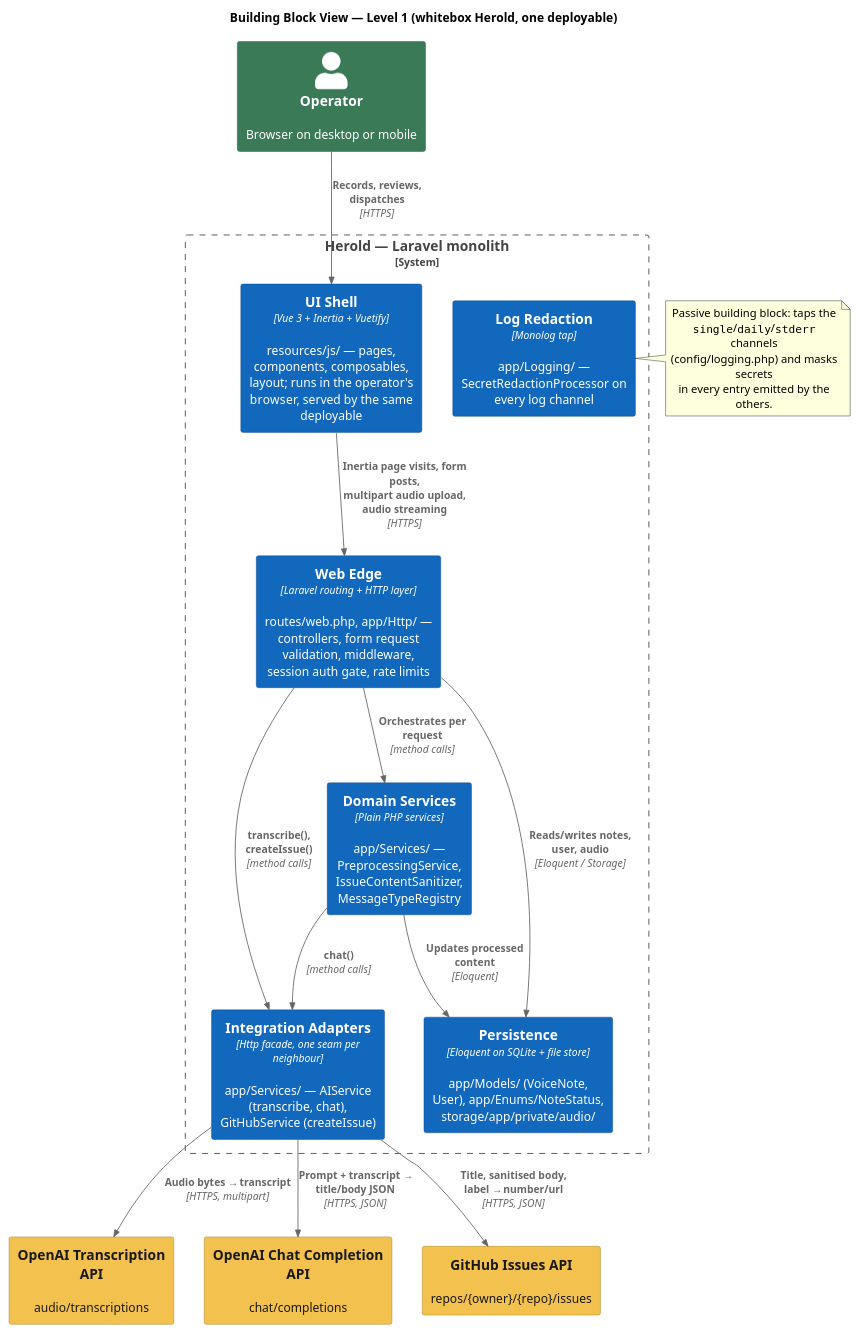
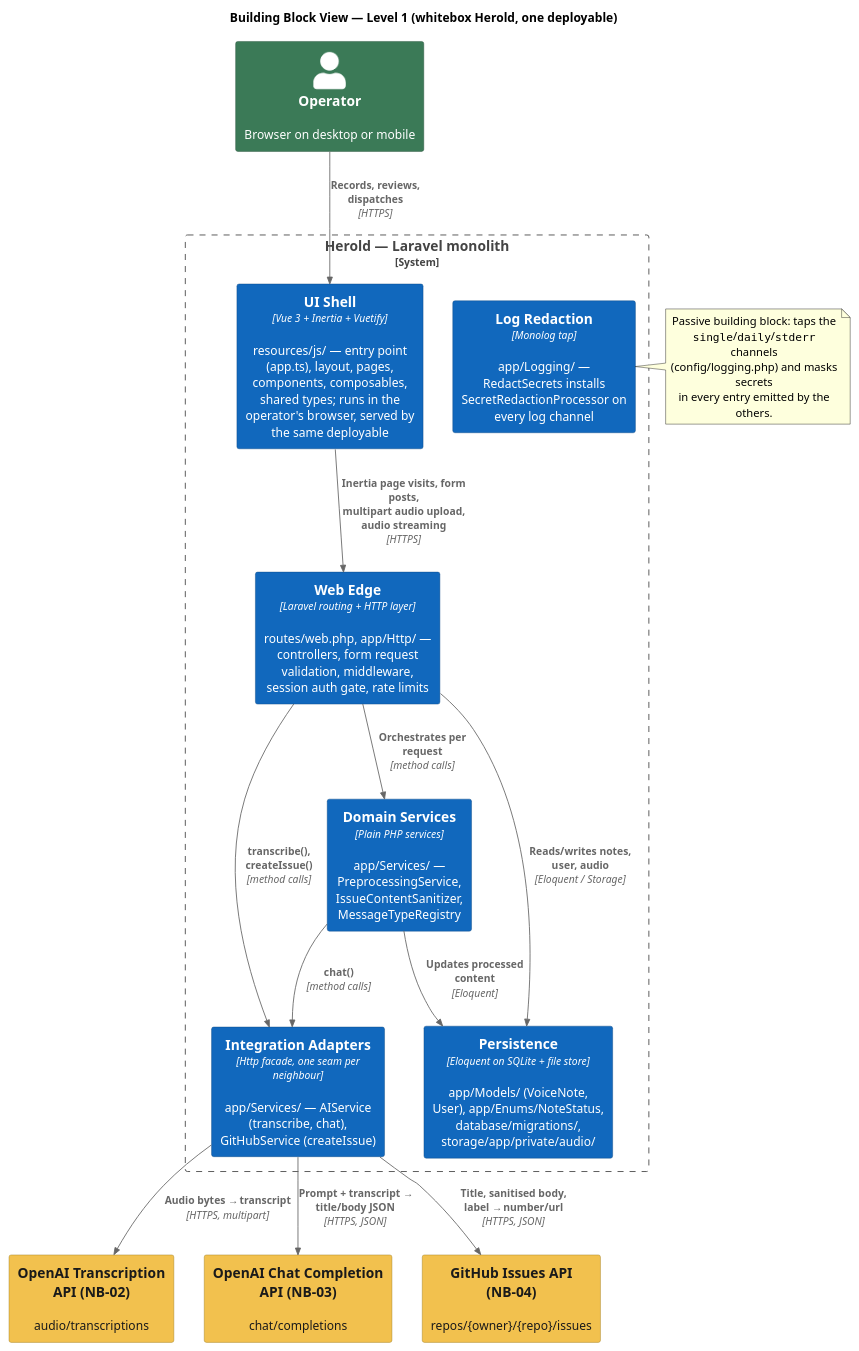
Before and after one commit to carstenlucke/herold: the diagram in docs/arch/diagrams/a05-building-blocks.plantuml, drawn with PlantUML. The commit also changed 8 other files, not shown here.

First line of the commit message:
docs(arch): align building-block diagrams across refinement levels

```diff
--- a/docs/arch/diagrams/a05-building-blocks.plantuml
+++ b/docs/arch/diagrams/a05-building-blocks.plantuml
@@ -1,47 +1,47 @@
 @startuml a05-building-blocks
 !include https://raw.githubusercontent.com/plantuml-stdlib/C4-PlantUML/master/C4_Component.puml
 
 ' Same palette as a03-technical-context: internal = blue accent,
 ' external = amber, person = green.
 UpdateElementStyle("component", $bgColor="#1168BD", $fontColor="#FFFFFF", $borderColor="#0B4884")
 UpdateElementStyle("external_system", $bgColor="#F2C14E", $fontColor="#1A1A1A", $borderColor="#9C7A1A")
 UpdateElementStyle("person", $bgColor="#3B7A57", $fontColor="#FFFFFF", $borderColor="#26513A")
 
 HIDE_STEREOTYPE()
 
 title Building Block View — Level 1 (whitebox Herold, one deployable)
 
 Person(operator, "Operator", "Browser on desktop or mobile")
 
 System_Boundary(herold, "Herold — Laravel monolith") {
-  Component(ui, "UI Shell", "Vue 3 + Inertia + Vuetify", "resources/js/ — pages, components, composables, layout; runs in the operator's browser, served by the same deployable")
+  Component(ui, "UI Shell", "Vue 3 + Inertia + Vuetify", "resources/js/ — entry point (app.ts), layout, pages, components, composables, shared types; runs in the operator's browser, served by the same deployable")
   Component(edge, "Web Edge", "Laravel routing + HTTP layer", "routes/web.php, app/Http/ — controllers, form request validation, middleware, session auth gate, rate limits")
   Component(domain, "Domain Services", "Plain PHP services", "app/Services/ — PreprocessingService, IssueContentSanitizer, MessageTypeRegistry")
   Component(adapters, "Integration Adapters", "Http facade, one seam per neighbour", "app/Services/ — AIService (transcribe, chat), GitHubService (createIssue)")
-  Component(persistence, "Persistence", "Eloquent on SQLite + file store", "app/Models/ (VoiceNote, User), app/Enums/NoteStatus, storage/app/private/audio/")
-  Component(logging, "Log Redaction", "Monolog tap", "app/Logging/ — SecretRedactionProcessor on every log channel")
+  Component(persistence, "Persistence", "Eloquent on SQLite + file store", "app/Models/ (VoiceNote, User), app/Enums/NoteStatus, database/migrations/, storage/app/private/audio/")
+  Component(logging, "Log Redaction", "Monolog tap", "app/Logging/ — RedactSecrets installs SecretRedactionProcessor on every log channel")
 }
 
-System_Ext(whisper, "OpenAI Transcription API", "audio/transcriptions")
-System_Ext(chat, "OpenAI Chat Completion API", "chat/completions")
-System_Ext(github, "GitHub Issues API", "repos/{owner}/{repo}/issues")
+System_Ext(whisper, "OpenAI Transcription API (NB-02)", "audio/transcriptions")
+System_Ext(chat, "OpenAI Chat Completion API (NB-03)", "chat/completions")
+System_Ext(github, "GitHub Issues API (NB-04)", "repos/{owner}/{repo}/issues")
 
 Rel(operator, ui, "Records, reviews, dispatches", "HTTPS")
 Rel(ui, edge, "Inertia page visits, form posts,\nmultipart audio upload, audio streaming", "HTTPS")
 Rel(edge, domain, "Orchestrates per request", "method calls")
 Rel(edge, adapters, "transcribe(), createIssue()", "method calls")
 Rel(domain, adapters, "chat()", "method calls")
 Rel(edge, persistence, "Reads/writes notes, user, audio", "Eloquent / Storage")
 Rel(domain, persistence, "Updates processed content", "Eloquent")
 Rel(adapters, whisper, "Audio bytes → transcript", "HTTPS, multipart")
 Rel(adapters, chat, "Prompt + transcript → title/body JSON", "HTTPS, JSON")
 Rel(adapters, github, "Title, sanitised body, label → number/url", "HTTPS, JSON")
 
 note right of logging
   Passive building block: taps the
   ""single""/""daily""/""stderr"" channels
   (config/logging.php) and masks secrets
   in every entry emitted by the others.
 end note
 
 @enduml
```
